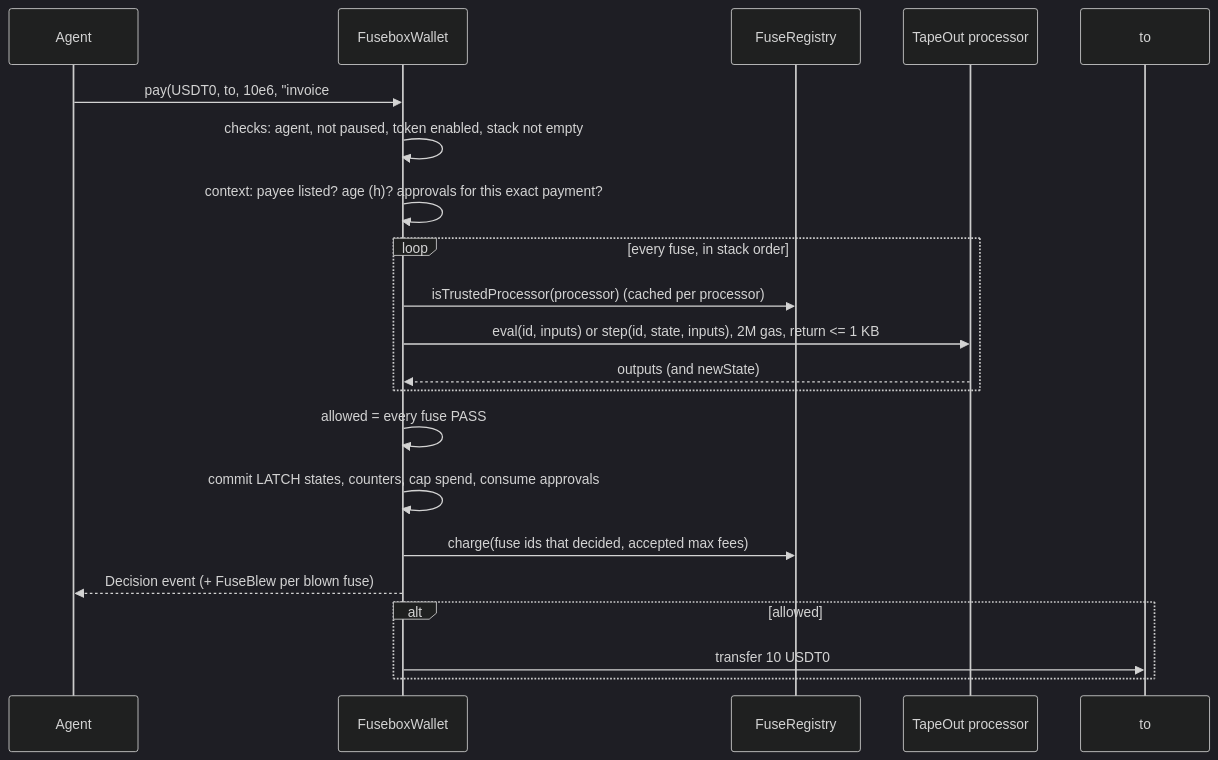
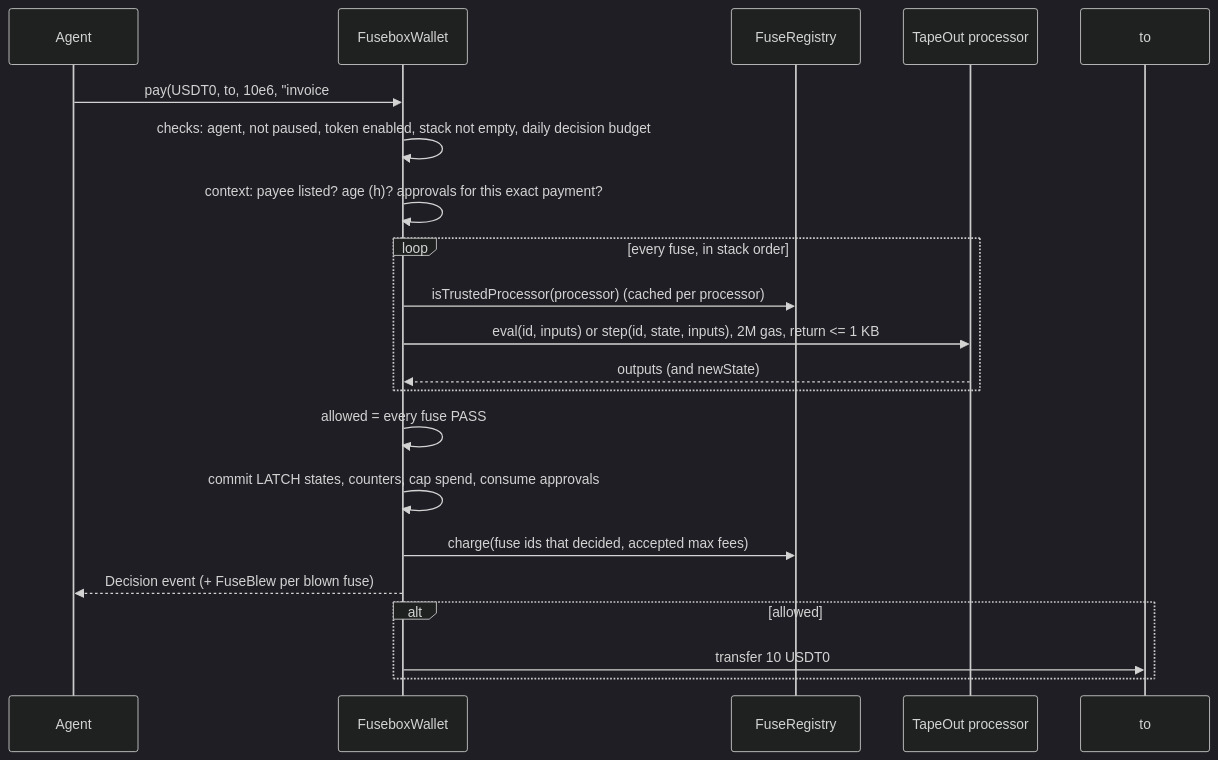
One commit to 0xdopewilly/fusebox changed the second of 3 diagrams in docs/ARCHITECTURE.md. Above: the diagram before and after it, drawn with Mermaid (dark theme). The commit also changed other lines of this file and 7 other files, not shown here.

````diff
--- a/docs/ARCHITECTURE.md
+++ b/docs/ARCHITECTURE.md
@@ -51,22 +51,22 @@
 ```mermaid
 sequenceDiagram
   participant Ag as Agent
   participant W as FuseboxWallet
   participant R as FuseRegistry
   participant P as TapeOut processor
   Ag->>W: pay(USDT0, to, 10e6, "invoice #42")
-  W->>W: checks: agent, not paused, token enabled, stack not empty
+  W->>W: checks: agent, not paused, token enabled, stack not empty, daily decision budget
   W->>W: context: payee listed? age (h)? approvals for this exact payment?
   loop every fuse, in stack order
     W->>R: isTrustedProcessor(processor)  (cached per processor)
     W->>P: eval(id, inputs) or step(id, state, inputs), 2M gas, return <= 1 KB
     P-->>W: outputs (and newState)
   end
   W->>W: allowed = every fuse PASS
   W->>W: commit LATCH states, counters, cap spend, consume approvals
   W->>R: charge(fuse ids that decided, accepted max fees)
   W-->>Ag: Decision event (+ FuseBlew per blown fuse)
   alt allowed
     W->>to: transfer 10 USDT0
   end
 ```
````
